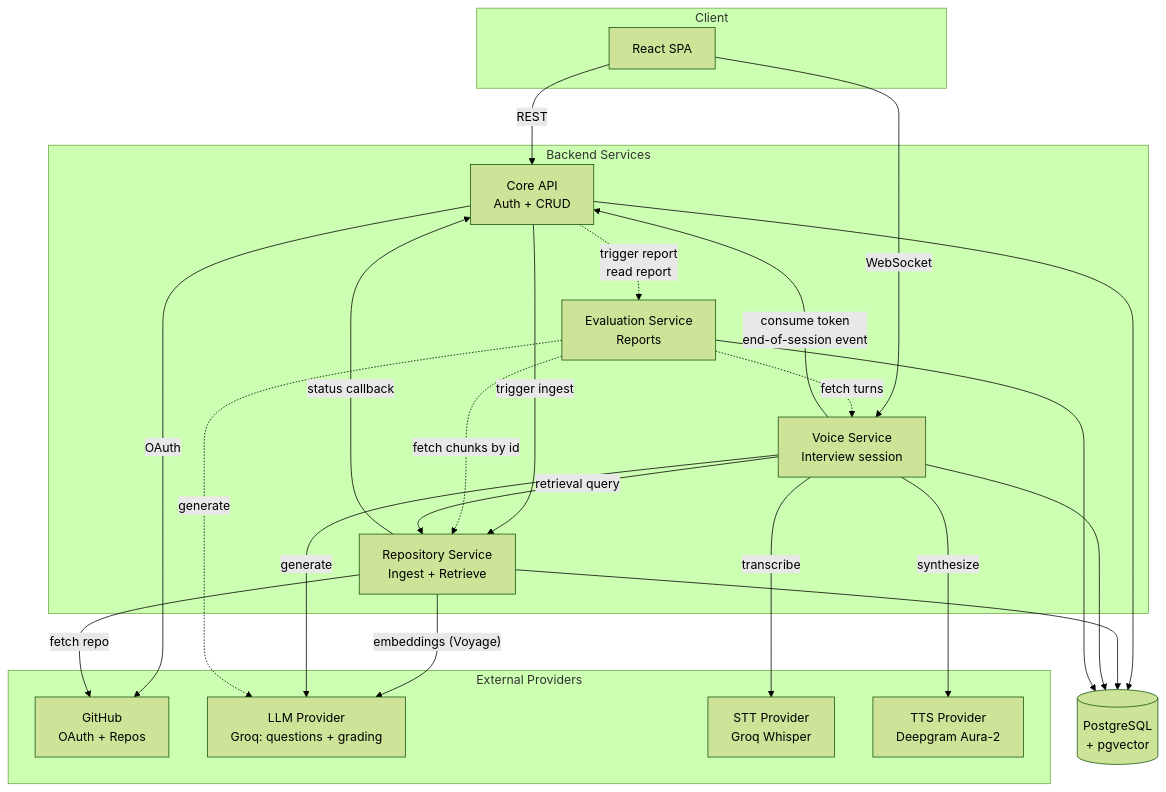
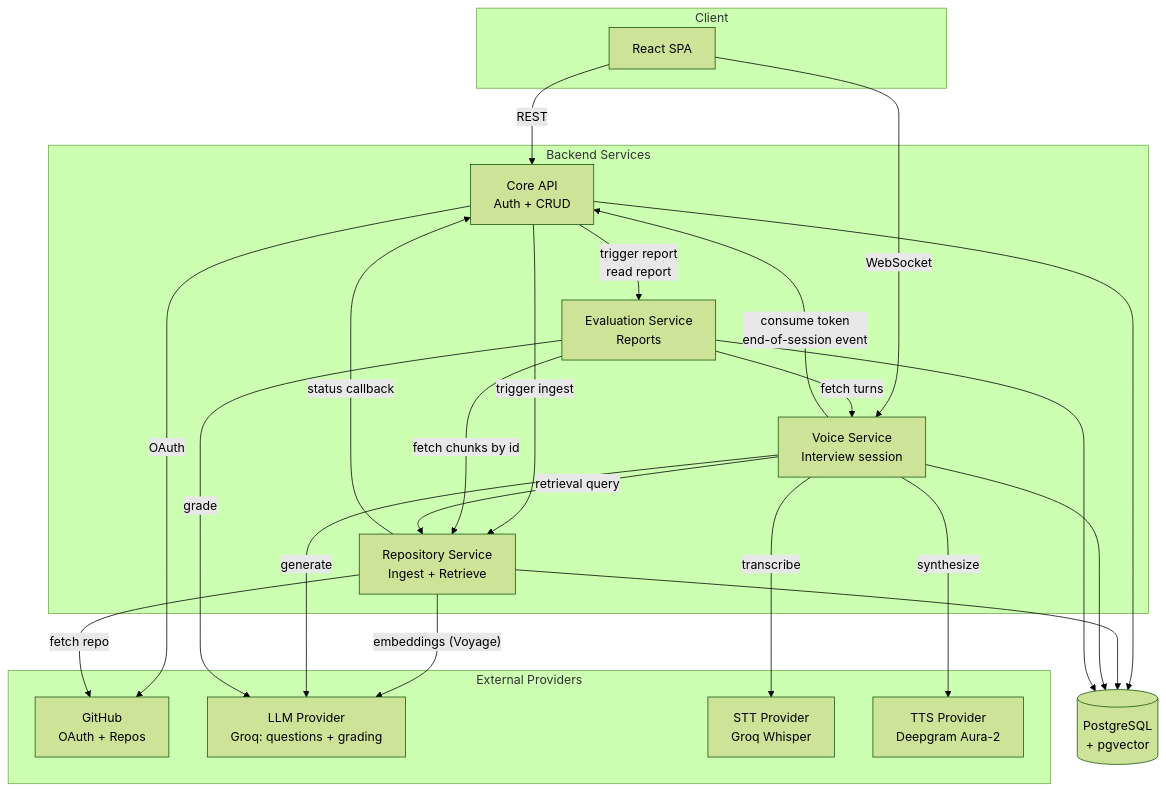
The diagram in docs/architecture.md (missLaiba22/RepoViva), drawn with Mermaid (forest theme) before and after one commit. The commit also changed other lines of this file and 2 other files, not shown here.

````diff
--- a/docs/architecture.md
+++ b/docs/architecture.md
@@ -11,46 +11,46 @@
 ```mermaid
 flowchart TB
     subgraph "Client"
         FE[React SPA]
     end
 
     subgraph "Backend Services"
         CORE[Core API<br/>Auth + CRUD]
         REPO[Repository Service<br/>Ingest + Retrieve]
         VOICE[Voice Service<br/>Interview session]
         EVAL[Evaluation Service<br/>Reports]
     end
 
     DB[(PostgreSQL<br/>+ pgvector)]
 
     subgraph "External Providers"
         GH[GitHub<br/>OAuth + Repos]
         LLM[LLM Provider<br/>Groq: questions + grading]
         STT[STT Provider<br/>Groq Whisper]
         TTS[TTS Provider<br/>Deepgram Aura-2]
     end
 
     FE -- REST --> CORE
     FE -- WebSocket --> VOICE
 
     CORE -- trigger ingest --> REPO
     REPO -- status callback --> CORE
-    CORE -. trigger report<br/>read report .-> EVAL
-    EVAL -. fetch turns .-> VOICE
-    EVAL -. fetch chunks by id .-> REPO
+    CORE -- trigger report<br/>read report --> EVAL
+    EVAL -- fetch turns --> VOICE
+    EVAL -- fetch chunks by id --> REPO
     VOICE -- retrieval query --> REPO
     VOICE -- consume token<br/>end-of-session event --> CORE
 
     CORE --> DB
     REPO --> DB
     VOICE --> DB
     EVAL --> DB
 
     CORE -- OAuth --> GH
     REPO -- fetch repo --> GH
     REPO -- embeddings (Voyage) --> LLM
     VOICE -- transcribe --> STT
     VOICE -- generate --> LLM
     VOICE -- synthesize --> TTS
-    EVAL -. generate .-> LLM
+    EVAL -- grade --> LLM
 ```
````
